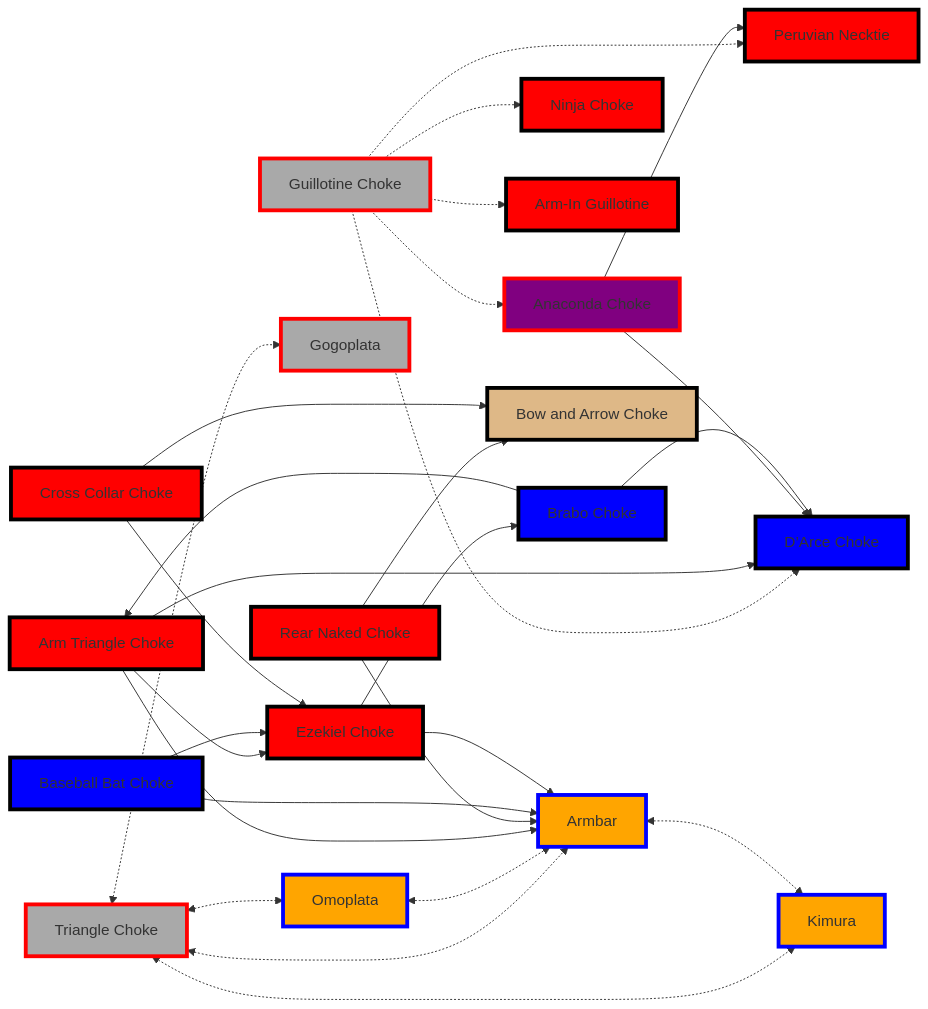
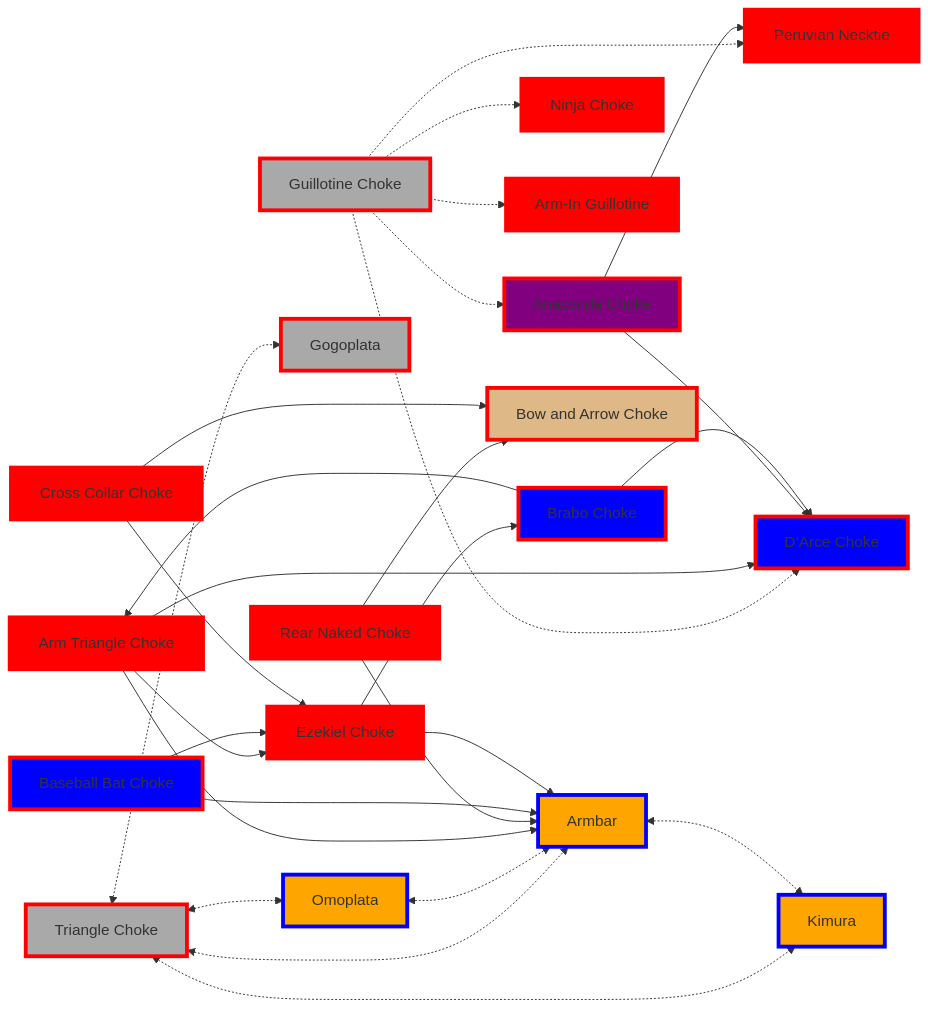
Before and after one commit to jacgit18/DevHiveMind: the fourth of 4 diagrams in _Fitness/MMA/Real World BJJ Flows.md, drawn with Mermaid.

Commit message:
M "_Fitness/MMA/Real World BJJ Flows.md"

````diff
--- a/_Fitness/MMA/Real World BJJ Flows.md
+++ b/_Fitness/MMA/Real World BJJ Flows.md
@@ -405,66 +405,66 @@
 ```mermaid
 flowchart LR
     A[Triangle Choke] <-.->  B[Armbar]
     A <-.-> C[Omoplata]
     A <-.->  D[Gogoplata]
     A <-.->  E
     B <-.-> E[Kimura]
     C <-.->  B
 
 
     F[Guillotine Choke] .-> G[Ninja Choke]
     F .-> H[Peruvian Necktie]
     F .-> I[Arm-In Guillotine]
     F .-> Q
     F .-> L
 
     J[Arm Triangle Choke] --> P
     J --> L[D’Arce Choke]
     J --> B
 
     M[Rear Naked Choke] --> B
     M --> N[Bow and Arrow Choke]
 
     O[Baseball Bat Choke] --> P[Ezekiel Choke]
     O --> B
 
     Q[Anaconda Choke] --> L
     Q --> H
 
     R[Brabo Choke] --> J
     R --> L
 
     S[Cross Collar Choke] --> N
     S --> P
 
     P --> B
     P --> R
     
 style A fill:darkgray,stroke:red,stroke-width:4px,shadow:shadow, 
 
 style B fill:orange,stroke:blue,stroke-width:4px,shadow:shadow
 
 style C fill:orange,stroke:blue,stroke-width:4px,shadow:shadow
 
 style D fill:darkgray,stroke:red,stroke-width:4px,shadow:shadow, 
 
 style E fill:orange,stroke:blue,stroke-width:4px,shadow:shadow
 
 style F fill:darkgray,stroke:red,stroke-width:4px,shadow:shadow
 
-style G fill:red,stroke:black,stroke-width:4px,shadow:shadow
-style H fill:red,stroke:black,stroke-width:4px,shadow:shadow
-style I fill:red,stroke:black,stroke-width:4px,shadow:shadow
-style J fill:red,stroke:black,stroke-width:4px,shadow:shadow
+style G fill:red,stroke:red,stroke-width:4px,shadow:shadow
+style H fill:red,stroke:red,stroke-width:4px,shadow:shadow
+style I fill:red,stroke:red,stroke-width:4px,shadow:shadow
+style J fill:red,stroke:red,stroke-width:4px,shadow:shadow
 
-style L fill:blue,stroke:black,stroke-width:4px,shadow:shadow
-style M fill:red,stroke:black,stroke-width:4px,shadow:shadow
-style N fill:burlywood,stroke:black,stroke-width:4px,shadow:shadow
+style L fill:blue,stroke:red,stroke-width:4px,shadow:shadow
+style M fill:red,stroke:red,stroke-width:4px,shadow:shadow
+style N fill:burlywood,stroke:red,stroke-width:4px,shadow:shadow
 
-style O fill:blue,stroke:black,stroke-width:4px,shadow:shadow
-style P fill:red,stroke:black,stroke-width:4px,shadow:shadow
+style O fill:blue,stroke:red,stroke-width:4px,shadow:shadow
+style P fill:red,stroke:red,stroke-width:4px,shadow:shadow
 
 style Q fill:purple,stroke:red,stroke-width:4px,shadow:shadow
-style R fill:blue,stroke:black,stroke-width:4px,shadow:shadow
-style S fill:red,stroke:black,stroke-width:4px,shadow:shadow
+style R fill:blue,stroke:red,stroke-width:4px,shadow:shadow
+style S fill:red,stroke:red,stroke-width:4px,shadow:shadow
 ```
````
